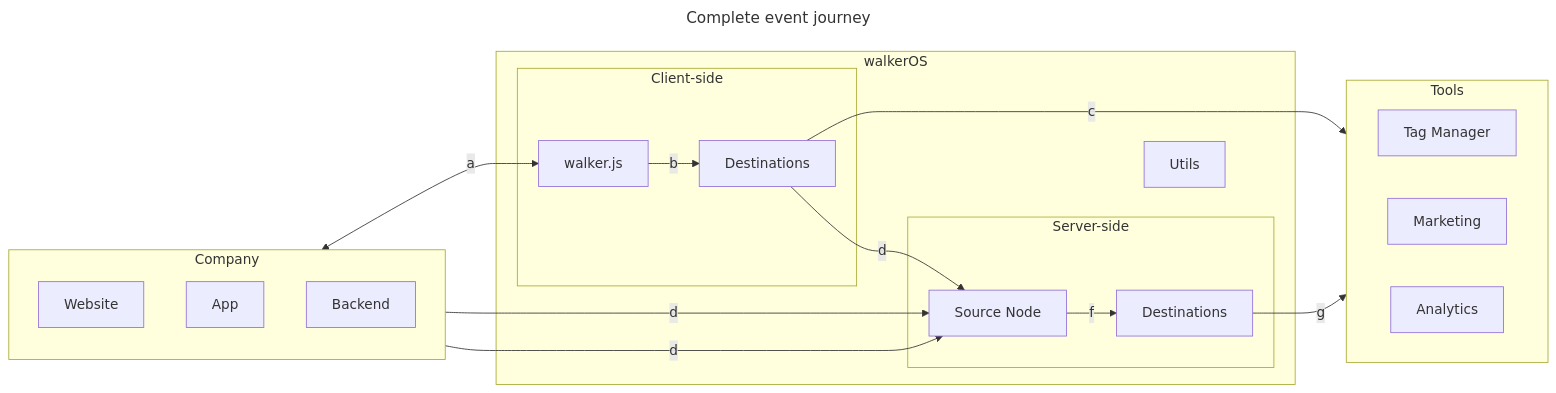
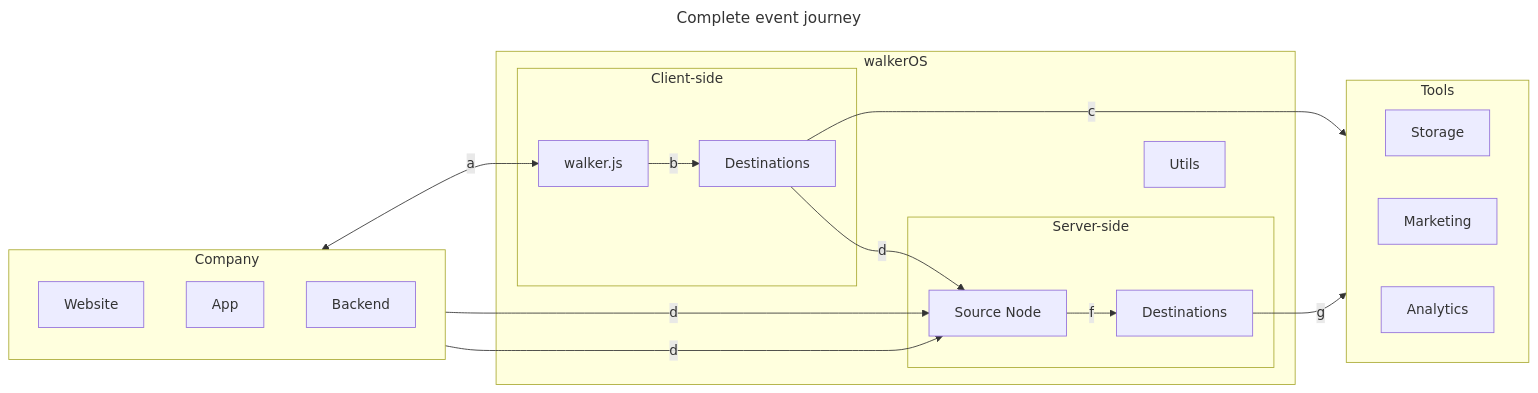
One commit to elbwalker/walkerOS changed the second of 2 diagrams in website/docs/getting_started/what_is_walkeros.mdx. Above: the diagram before and after it, drawn with Mermaid. The commit also changed other lines of this file, not shown here.

````diff
--- a/website/docs/getting_started/what_is_walkeros.mdx
+++ b/website/docs/getting_started/what_is_walkeros.mdx
@@ -95,42 +80,42 @@
 ```mermaid
 ---
 title: Complete event journey
 ---
 flowchart LR
   subgraph Company
     direction TB
     Website
     App
     Backend
   end
   subgraph walkerOS
     Utils
     subgraph Client-side
       walker.js
       DestinationsC["Destinations"]
     end
     subgraph Server-side["Server-side"]
       SourceNode["Source Node"]
       DestinationsS["Destinations"]
     end
   end
   subgraph Tools
     direction LR
-    tag["Tag Manager"]
+    storage["Storage"]
     marketing["Marketing"]
     analytics["Analytics"]
   end
   Website <-- a --> walker.js
   walker.js -- b --> DestinationsC
   DestinationsC -- c --> Tools
   DestinationsC -- d --> SourceNode
   App -- d --> SourceNode
   Backend -- d --> SourceNode
   SourceNode -- f --> DestinationsS
   DestinationsS -- g --> Tools
   click Utils "/docs/utils/"
   click walker.js "/docs/sources/walkerjs/"
   click SourceNode "/docs/sources/node/"
   click DestinationsC "/docs/destinations/web/"
   click DestinationsS "/docs/destinations/node/"
 ```
````
